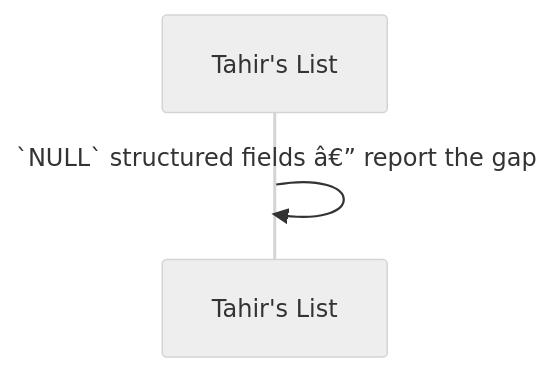
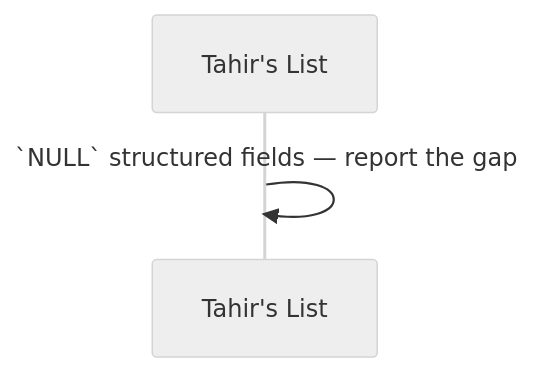
Before and after one commit to Losers-Lab/tahirs-list: the second of 6 diagrams in docs/features/SC-211/04-blackbox/UC-02-compile-cited-manual-batch.md, drawn with Mermaid (neutral theme). The commit also changed other lines of this file and 12 other files, not shown here.

````diff
--- a/docs/features/SC-211/04-blackbox/UC-02-compile-cited-manual-batch.md
+++ b/docs/features/SC-211/04-blackbox/UC-02-compile-cited-manual-batch.md
@@ -26,5 +26,5 @@
 ```mermaid
 sequenceDiagram
   participant TL as Tahir's List
-  TL->>TL: `NULL` structured fields â€” report the gap
+  TL->>TL: `NULL` structured fields — report the gap
 ```
````
